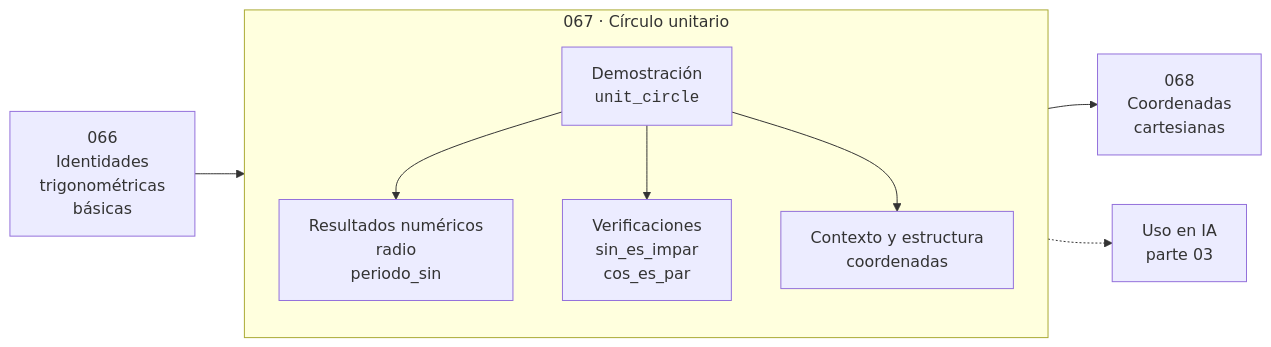
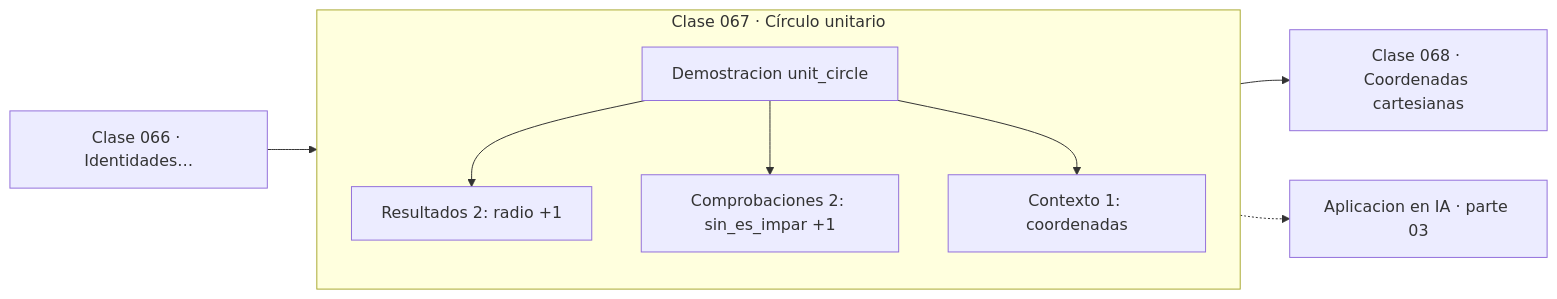
One commit to vladimiracunadev-create/computational-mathematics-program changed the diagram in classes/part-03-geometria-trigonometria-y-geometria-analitica/067-circulo-unitario/README.md. Above: the diagram before and after it, drawn with Mermaid. The commit also changed 389 other files, not shown here.

First line of the commit message:
fix(diagramas): elimina el HTML de las etiquetas Mermaid

````diff
--- a/classes/part-03-geometria-trigonometria-y-geometria-analitica/067-circulo-unitario/README.md
+++ b/classes/part-03-geometria-trigonometria-y-geometria-analitica/067-circulo-unitario/README.md
@@ -36,12 +36,13 @@
 ```mermaid
 flowchart LR
-    P["066<br/>Identidades<br/>trigonométricas<br/>básicas"] --> C
-    subgraph C["067 · Círculo unitario"]
+    P["Clase 066 · Identidades…"] --> D
+    subgraph CLASE["Clase 067 · Círculo unitario"]
         direction TB
-        D["Demostración<br/><code>unit_circle</code>"] --> R["Resultados numéricos<br/>radio<br/>periodo_sin"]
-        D --> V["Verificaciones<br/>sin_es_impar<br/>cos_es_par"]
-        D --> O["Contexto y estructura<br/>coordenadas"]
+        D["Demostracion unit_circle"]
+        D --> R["Resultados 2: radio +1"]
+        D --> V["Comprobaciones 2: sin_es_impar +1"]
+        D --> O["Contexto 1: coordenadas"]
     end
-    C --> N["068<br/>Coordenadas<br/>cartesianas"]
-    C -.-> IA["Uso en IA<br/>parte 03"]
+    R --> N["Clase 068 · Coordenadas cartesianas"]
+    V -.-> IA["Aplicacion en IA · parte 03"]
 ```
````
